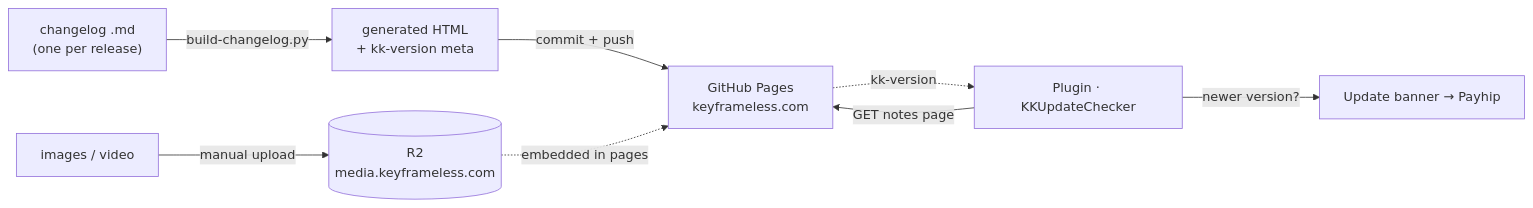
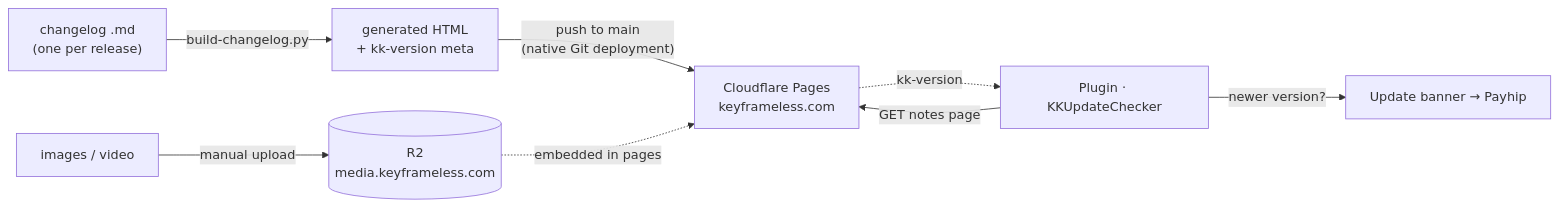
One commit to overpolish/keyframeless changed the first of 2 diagrams in CONTRIBUTING.md. Above: the diagram before and after it, drawn with Mermaid. The commit also changed other lines of this file and 5 other files, not shown here.

Commit message:
chore: replace github pages with cloudflare pages

````diff
--- a/CONTRIBUTING.md
+++ b/CONTRIBUTING.md
@@ -139,10 +139,10 @@
 ```mermaid
 flowchart LR
   MD["changelog .md<br/>(one per release)"] -->|"build-changelog.py"| HTML["generated HTML<br/>+ kk-version meta"]
-  HTML -->|"commit + push"| Pages["GitHub Pages<br/>keyframeless.com"]
+  HTML -->|"push to main<br/>(native Git deployment)"| Pages["Cloudflare Pages<br/>keyframeless.com"]
   Media["images / video"] -->|"manual upload"| R2m[("R2<br/>media.keyframeless.com")]
   R2m -.->|"embedded in pages"| Pages
   Plugin["Plugin · KKUpdateChecker"] -->|"GET notes page"| Pages
   Pages -.->|"kk-version"| Plugin
   Plugin -->|"newer version?"| Banner["Update banner → Payhip"]
 ```
````
